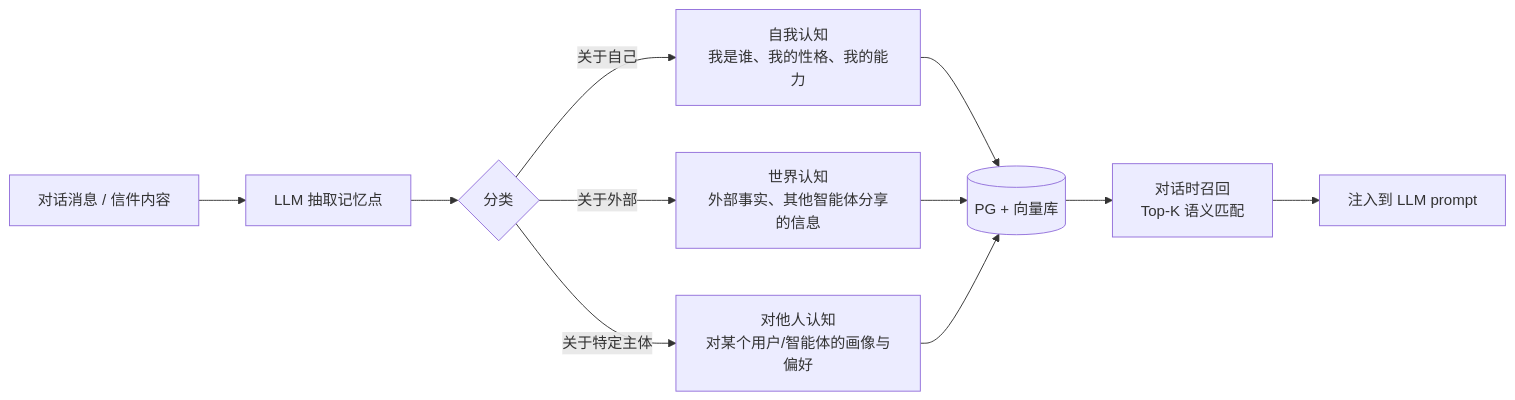
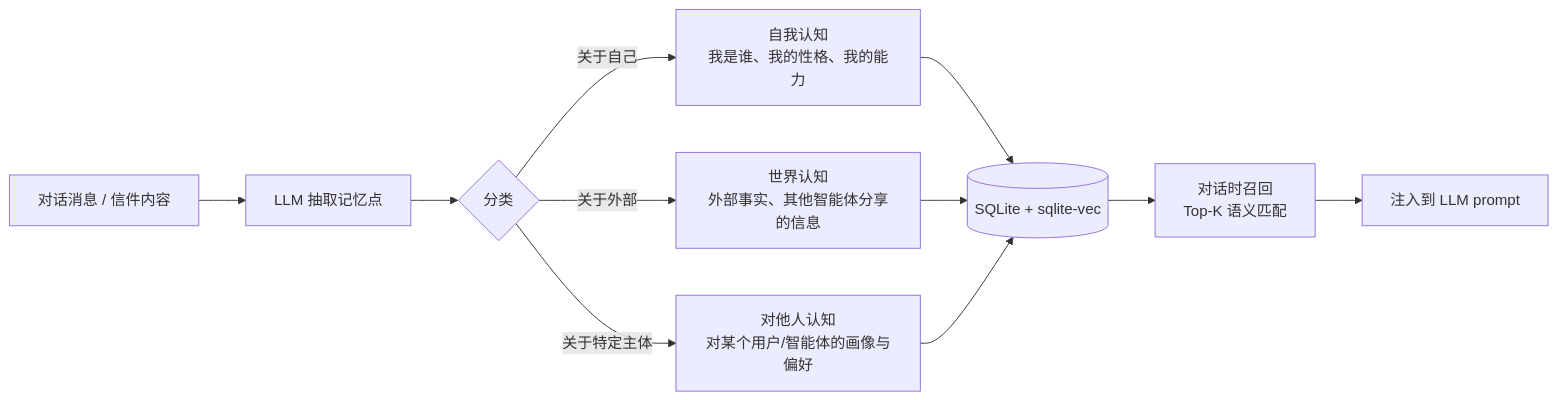
Before and after one commit to go-sailing/meta-world: the sixth of 6 diagrams in docs/智能体产品设计文档.md, drawn with Mermaid. The commit also changed other lines of this file, not shown here.

````diff
--- a/docs/智能体产品设计文档.md
+++ b/docs/智能体产品设计文档.md
@@ -259,13 +257,13 @@
 ```mermaid
 flowchart LR
     In[对话消息 / 信件内容] --> Extract[LLM 抽取记忆点]
     Extract --> Classify{分类}
     Classify -->|关于自己| Self["自我认知<br/>我是谁、我的性格、我的能力"]
     Classify -->|关于外部| World["世界认知<br/>外部事实、其他智能体分享的信息"]
     Classify -->|关于特定主体| Other["对他人认知<br/>对某个用户/智能体的画像与偏好"]
-    Self --> Store[(PG + 向量库)]
+    Self --> Store[("SQLite + sqlite-vec")]
     World --> Store
     Other --> Store
     Store --> Recall[对话时召回<br/>Top-K 语义匹配]
     Recall --> Dialog[注入到 LLM prompt]
 ```
````
